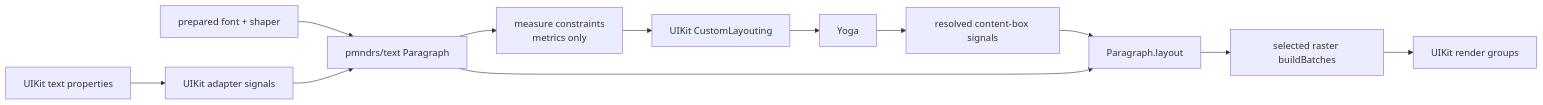
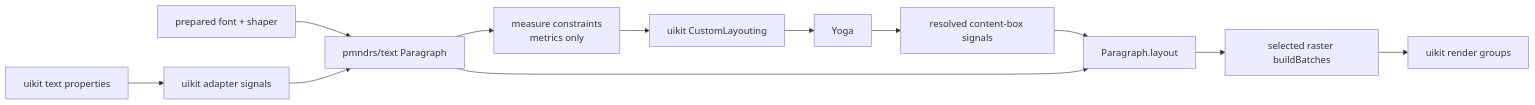
The second of 2 diagrams in docs/planning/uikit-integration.md (pmndrs/glyph), drawn with Mermaid before and after one commit. The commit also changed other lines of this file and 35 other files, not shown here.

````diff
--- a/docs/planning/uikit-integration.md
+++ b/docs/planning/uikit-integration.md
@@ -64,13 +64,13 @@
 ```mermaid
 flowchart LR
-  Props["UIKit text properties"] --> Adapter["UIKit adapter signals"]
+  Props["uikit text properties"] --> Adapter["uikit adapter signals"]
   Ready["prepared font + shaper"] --> Paragraph["pmndrs/text Paragraph"]
   Adapter --> Paragraph
   Paragraph --> Measure["measure constraints<br/>metrics only"]
-  Measure --> Custom["UIKit CustomLayouting"] --> Yoga
+  Measure --> Custom["uikit CustomLayouting"] --> Yoga
   Yoga --> ContentBox["resolved content-box signals"]
   ContentBox --> Layout["Paragraph.layout"]
   Paragraph --> Layout
   Layout --> Batches["selected raster buildBatches"]
-  Batches --> UIKitRoot["UIKit render groups"]
+  Batches --> uikitRoot["uikit render groups"]
 ```
````
